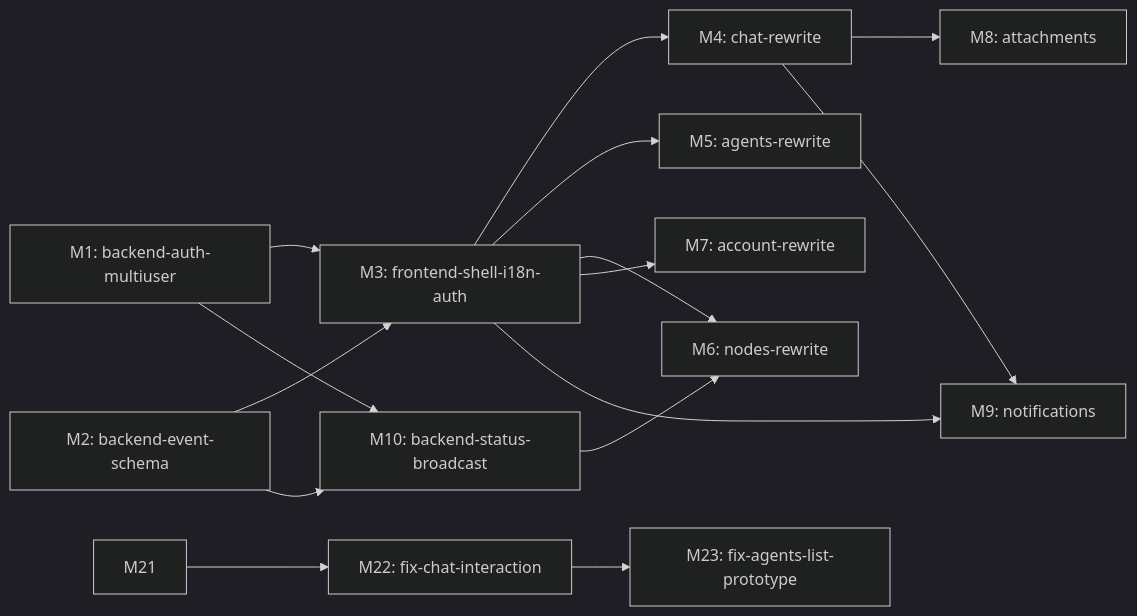
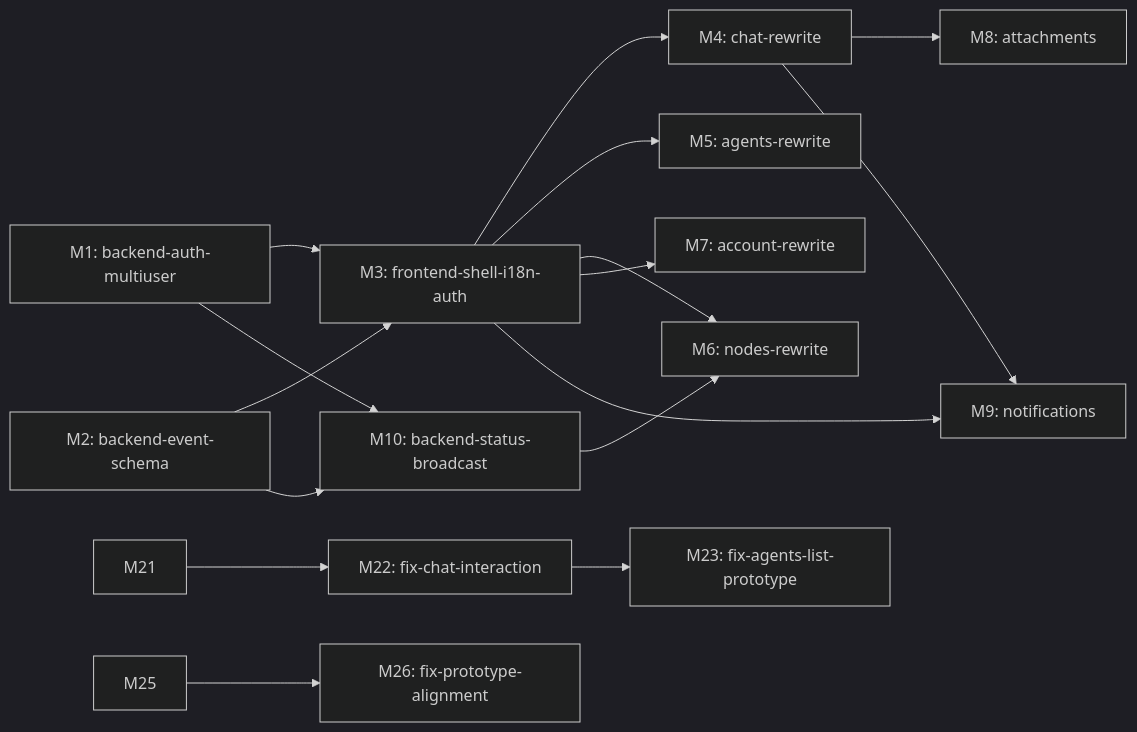
One commit to Mrchen116/nano-multiagent changed the diagram in docs/changes/feat-340-agent-native-im/design.md. Above: the diagram before and after it, drawn with Mermaid (dark theme). The commit also changed other lines of this file and 12 other files, not shown here.

````diff
--- a/docs/changes/feat-340-agent-native-im/design.md
+++ b/docs/changes/feat-340-agent-native-im/design.md
@@ -362,17 +364,18 @@
 ```mermaid
 graph LR
   M1[M1: backend-auth-multiuser] --> M3[M3: frontend-shell-i18n-auth]
   M2[M2: backend-event-schema] --> M3
   M1 --> M10[M10: backend-status-broadcast]
   M2 --> M10
   M3 --> M4[M4: chat-rewrite]
   M3 --> M5[M5: agents-rewrite]
   M3 --> M6[M6: nodes-rewrite]
   M10 --> M6
   M3 --> M7[M7: account-rewrite]
   M4 --> M8[M8: attachments]
   M3 --> M9[M9: notifications]
   M4 --> M9
   M21 --> M22[M22: fix-chat-interaction]
   M22 --> M23[M23: fix-agents-list-prototype]
+  M25 --> M26[M26: fix-prototype-alignment]
 ```
````
